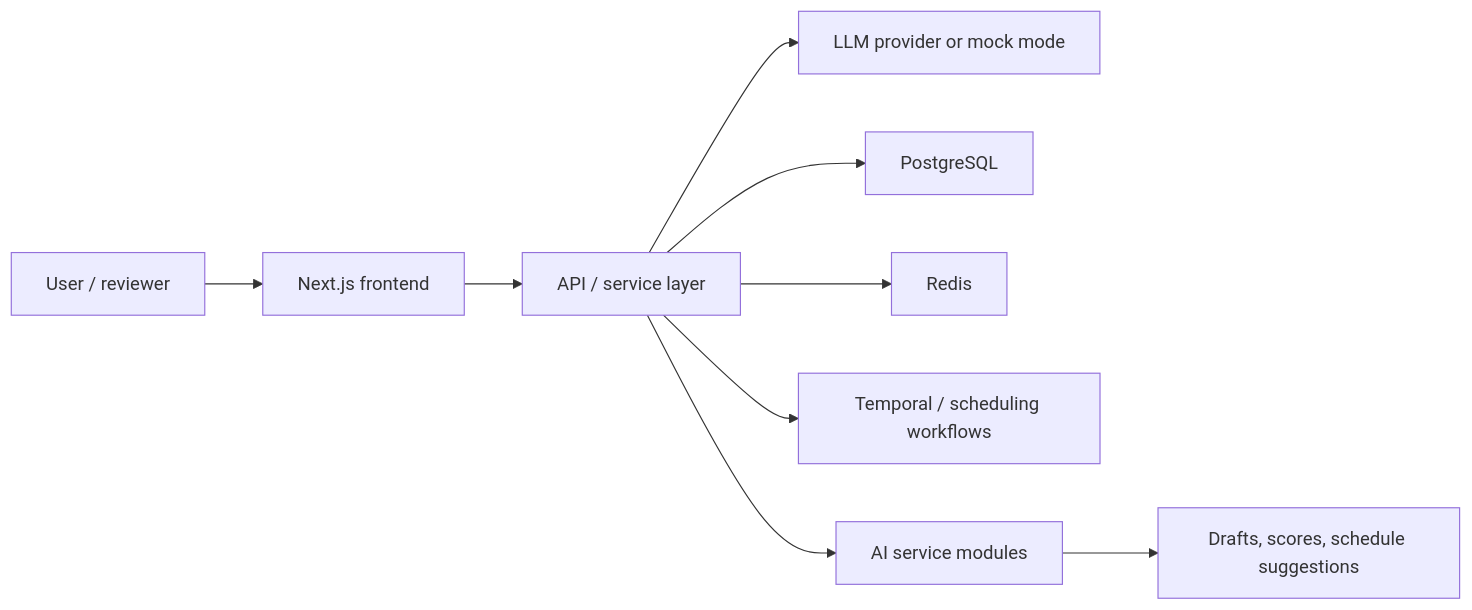
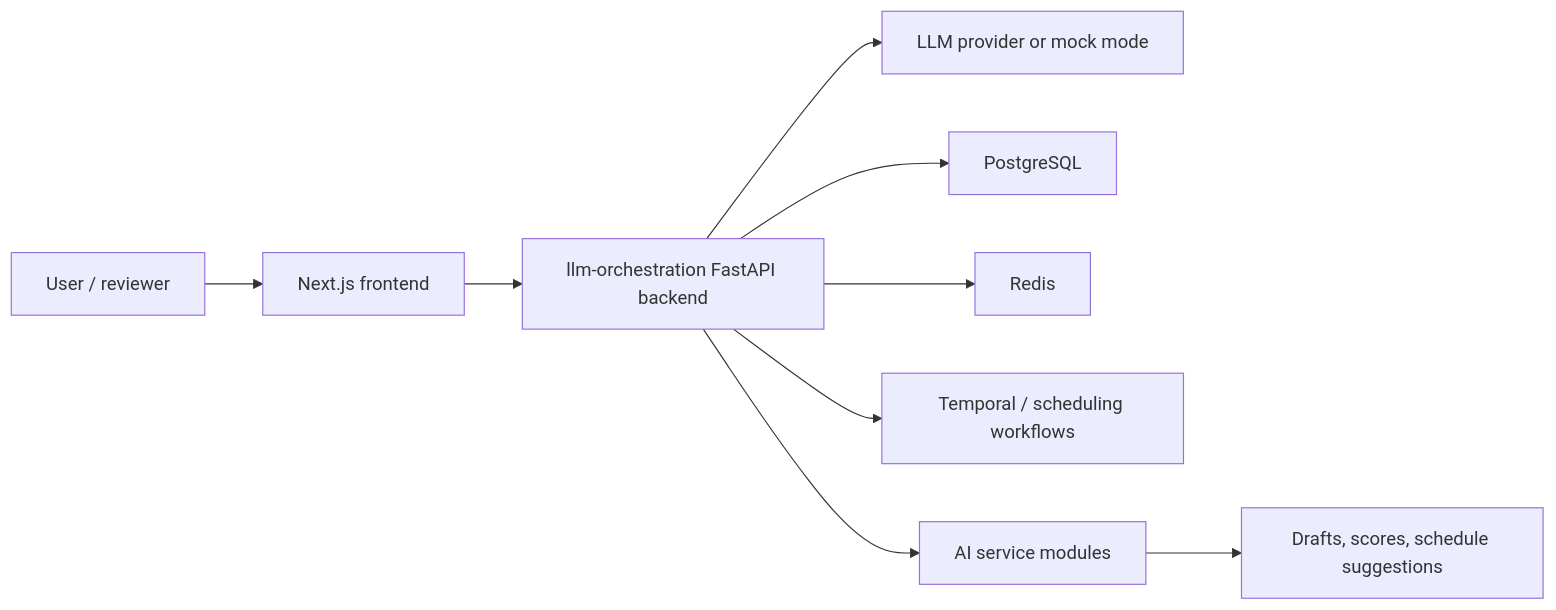
Before and after one commit to qurbaneliii/AI-Social-Media-Manager: the diagram in README.md, drawn with Mermaid. The commit also changed other lines of this file and 37 other files, not shown here.

````diff
--- a/README.md
+++ b/README.md
@@ -45,11 +46,11 @@
 ```mermaid
 flowchart LR
   user["User / reviewer"] --> frontend["Next.js frontend"]
-  frontend --> api["API / service layer"]
+  frontend --> api["llm-orchestration FastAPI backend"]
   api --> llm["LLM provider or mock mode"]
   api --> db["PostgreSQL"]
   api --> redis["Redis"]
   api --> workflows["Temporal / scheduling workflows"]
   api --> services["AI service modules"]
   services --> reports["Drafts, scores, schedule suggestions"]
 ```
````
